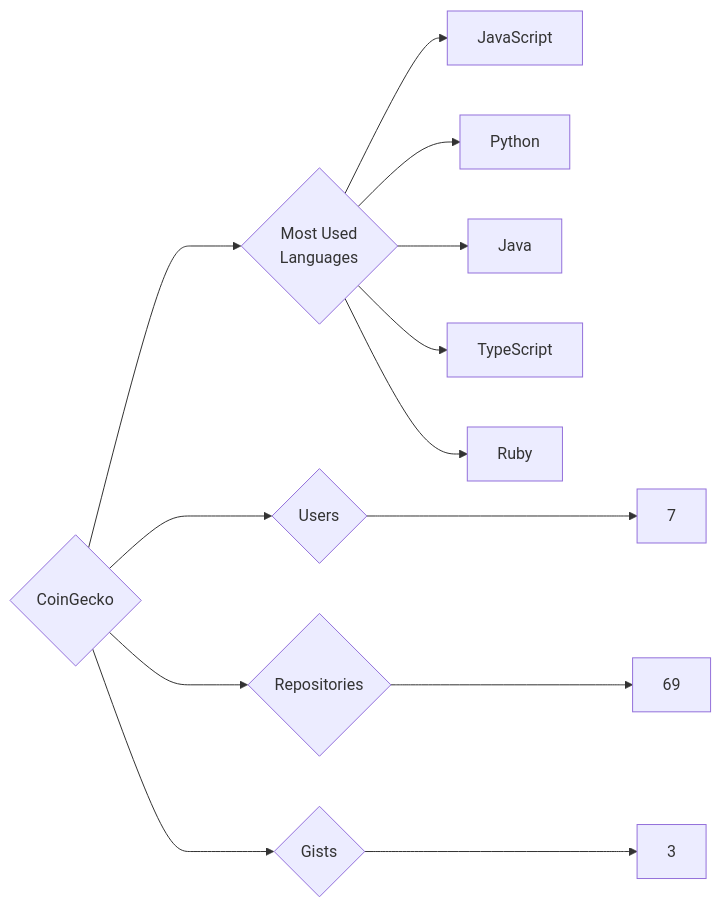
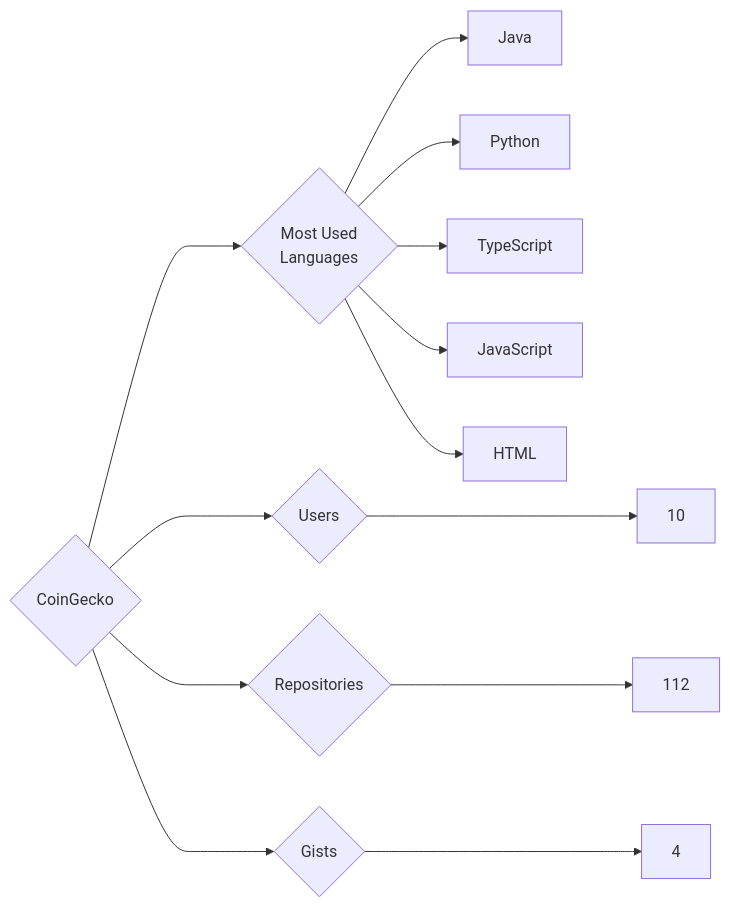
One commit to trickest/insiders changed the diagram in targets/CoinGecko/README.md. Above: the diagram before and after it, drawn with Mermaid. The commit also changed 1092 other files, not shown here.

````diff
--- a/targets/CoinGecko/README.md
+++ b/targets/CoinGecko/README.md
@@ -3,13 +3,13 @@
 ```mermaid
 graph LR
 COMPANY_NAME{CoinGecko}
-COMPANY_NAME ---> U{Users} ---> UN[7]
-COMPANY_NAME ---> R{Repositories} ---> RN[69]
-COMPANY_NAME ---> G{Gists} ---> GN[3]
+COMPANY_NAME ---> U{Users} ---> UN[10]
+COMPANY_NAME ---> R{Repositories} ---> RN[112]
+COMPANY_NAME ---> G{Gists} ---> GN[4]
 COMPANY_NAME ---> ML{Most Used<br>Languages}
+ML --> Java[Java]
+ML --> Python[Python]
+ML --> TypeScript[TypeScript]
 ML --> JavaScript[JavaScript]
-ML --> Python[Python]
-ML --> Java[Java]
-ML --> TypeScript[TypeScript]
-ML --> Ruby[Ruby]
+ML --> HTML[HTML]
 ```
````
